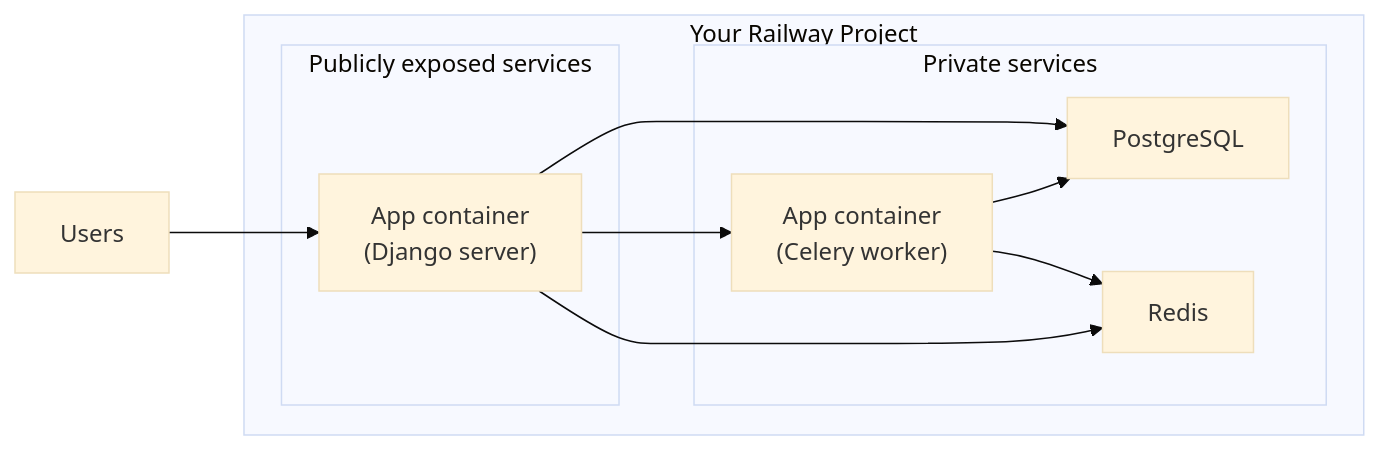
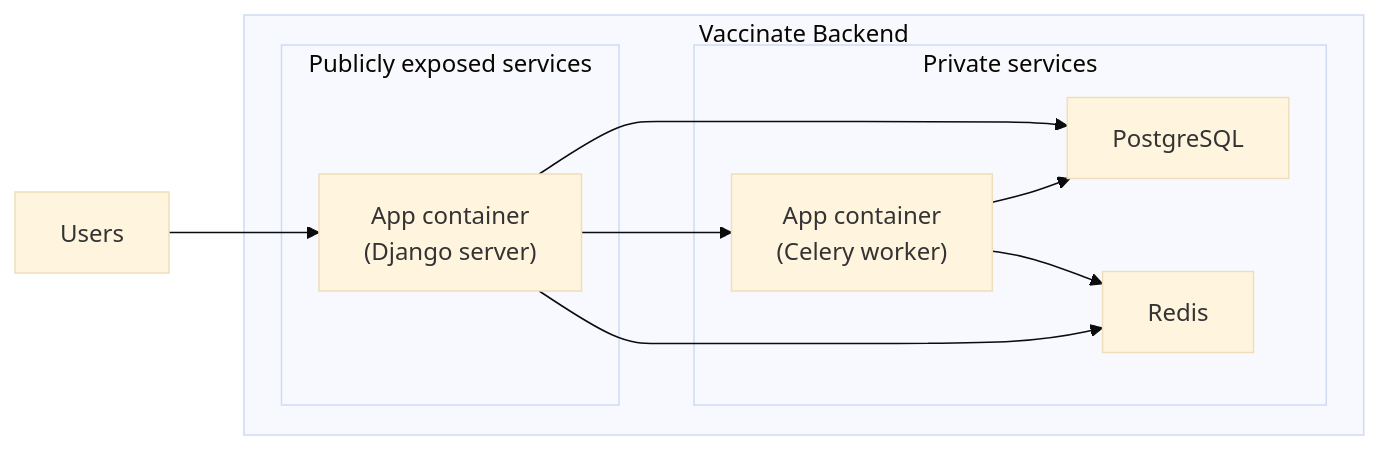
One commit to neuropython/VacciNate changed the diagram in README.md. Above: the diagram before and after it, drawn with Mermaid (base theme).

````diff
--- a/README.md
+++ b/README.md
@@ -3,23 +3,23 @@
   ```mermaid
 flowchart LR
 
-subgraph rwp["Your Railway Project"]
+subgraph rwp["Vaccinate Backend"]
     subgraph public["Publicly exposed services"]
         django["App container\n(Django server)"]
     end
     subgraph private["Private services"]
         celery["App container\n(Celery worker)"]
         psql["PostgreSQL"]
         redis["Redis"]
     end
 end
 
 users["Users"] --> django
 django --> celery
 django --> psql
 
 celery --> psql
 celery --> redis
 django --> redis
 
 ```
````
